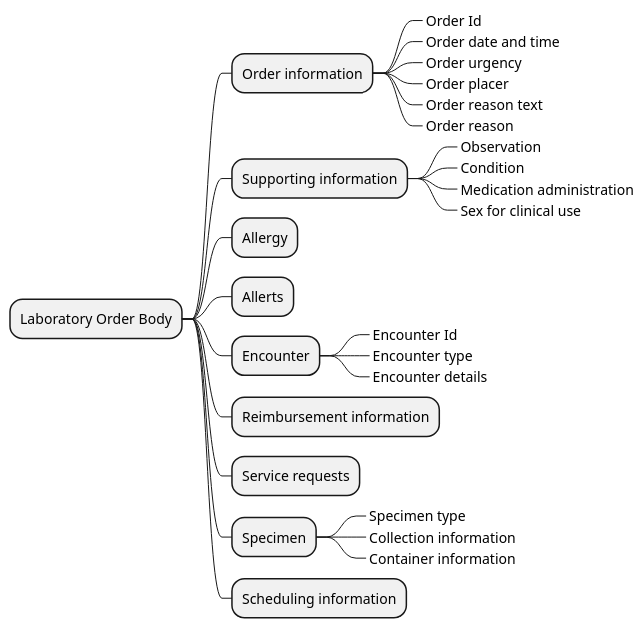
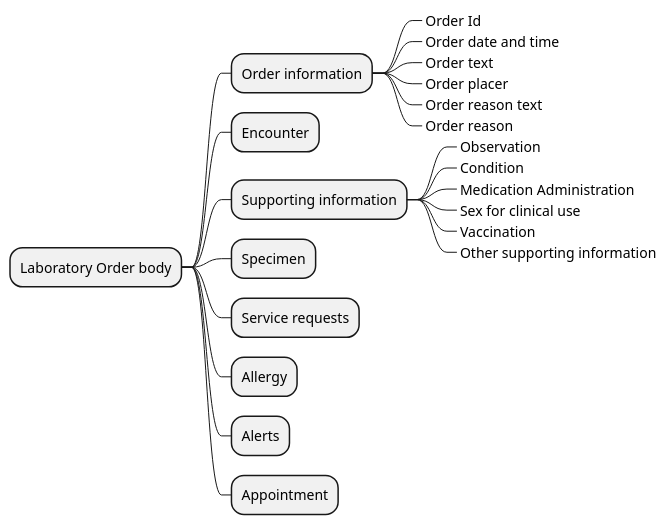
Before and after one commit to Xt-EHR/xt-ehr-common: the diagram in input/images-source/labOrderBody_CIM.plantuml, drawn with PlantUML. The commit also changed 13 other files, not shown here.

```diff
--- a/input/images-source/labOrderBody_CIM.plantuml
+++ b/input/images-source/labOrderBody_CIM.plantuml
@@ -1,28 +1,23 @@
 @startmindmap
-* Laboratory Order Body
+* Laboratory Order body
 ** Order information
 ***_ Order Id
 ***_ Order date and time
-***_ Order urgency
+***_ Order text
 ***_ Order placer
 ***_ Order reason text
 ***_ Order reason
+** Encounter
 ** Supporting information
 ***_ Observation
 ***_ Condition
-***_ Medication administration
+***_ Medication Administration
 ***_ Sex for clinical use
+***_ Vaccination
+***_ Other supporting information
+** Specimen
+** Service requests
 ** Allergy
-** Allerts
-** Encounter
-***_ Encounter Id
-***_ Encounter type
-***_ Encounter details
-** Reimbursement information
-** Service requests
-** Specimen
-***_ Specimen type
-***_ Collection information
-***_ Container information
-** Scheduling information
+** Alerts
+** Appointment
 @endmindmap
```
